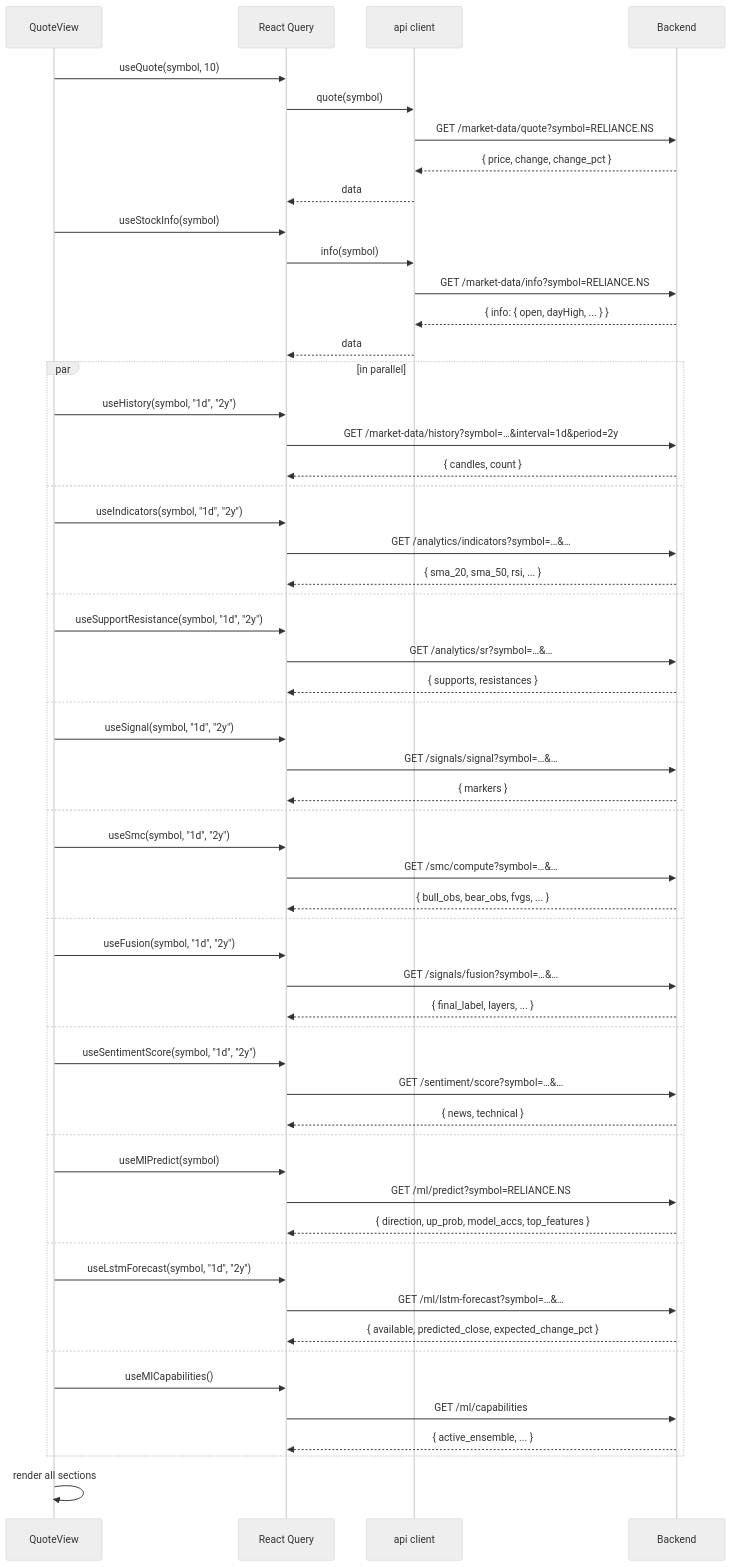
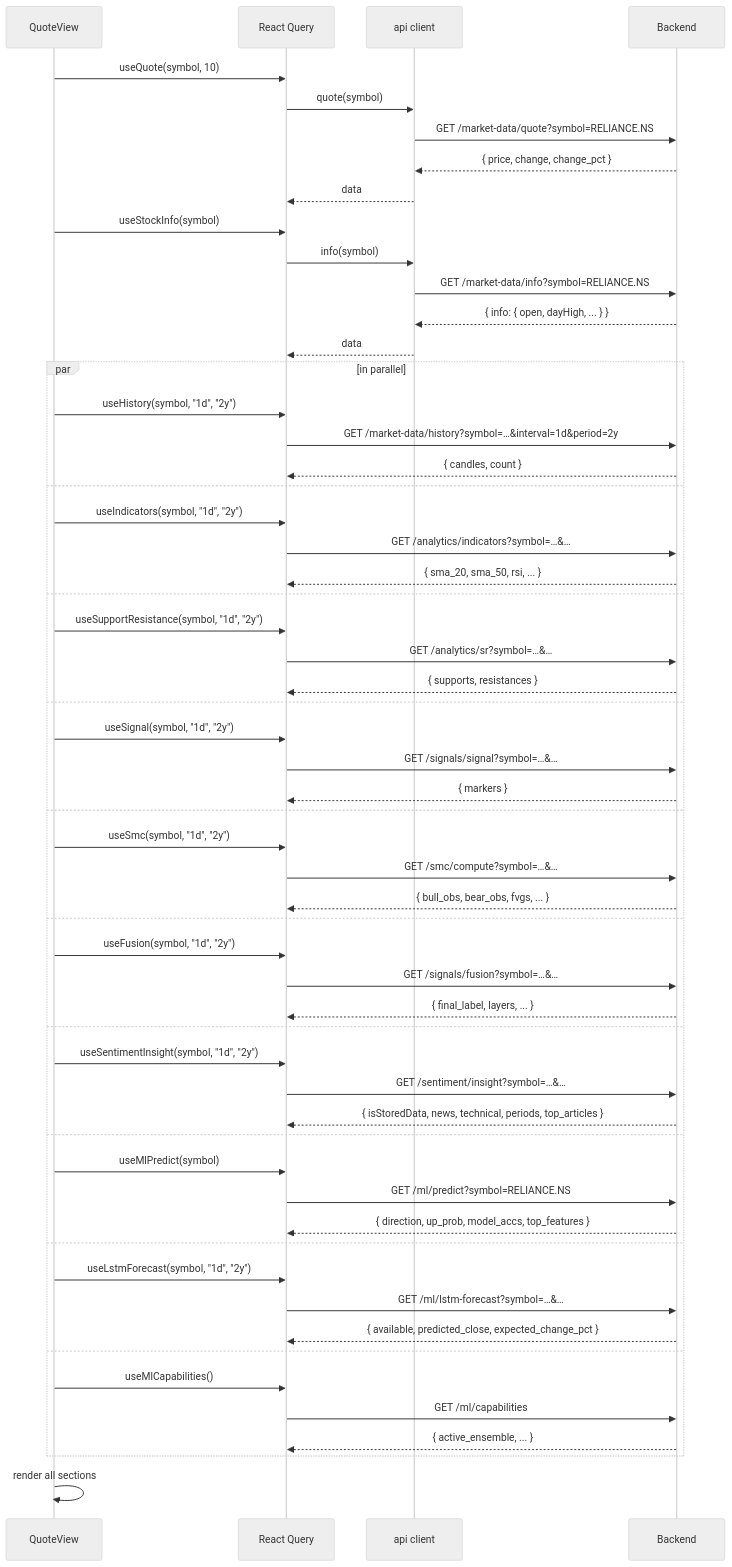
The second of 3 diagrams in docs/pages/stock-terminal/implementation.md (raunak-ray/StockView-India), drawn with Mermaid (neutral theme) before and after one commit. The commit also changed other lines of this file and 15 other files, not shown here.

Commit message:
feat: serve stored sentiment through new insight endpoint

````diff
--- a/docs/pages/stock-terminal/implementation.md
+++ b/docs/pages/stock-terminal/implementation.md
@@ -486,60 +486,60 @@
 ```mermaid
 sequenceDiagram
     participant Page as QuoteView
     participant Q as React Query
     participant API as api client
     participant BE as Backend
 
     Page->>Q: useQuote(symbol, 10)
     Q->>API: quote(symbol)
     API->>BE: GET /market-data/quote?symbol=RELIANCE.NS
     BE-->>API: { price, change, change_pct }
     API-->>Q: data
     Page->>Q: useStockInfo(symbol)
     Q->>API: info(symbol)
     API->>BE: GET /market-data/info?symbol=RELIANCE.NS
     BE-->>API: { info: { open, dayHigh, ... } }
     API-->>Q: data
     par in parallel
         Page->>Q: useHistory(symbol, "1d", "2y")
         Q->>BE: GET /market-data/history?symbol=…&interval=1d&period=2y
         BE-->>Q: { candles, count }
     and
         Page->>Q: useIndicators(symbol, "1d", "2y")
         Q->>BE: GET /analytics/indicators?symbol=…&…
         BE-->>Q: { sma_20, sma_50, rsi, ... }
     and
         Page->>Q: useSupportResistance(symbol, "1d", "2y")
         Q->>BE: GET /analytics/sr?symbol=…&…
         BE-->>Q: { supports, resistances }
     and
         Page->>Q: useSignal(symbol, "1d", "2y")
         Q->>BE: GET /signals/signal?symbol=…&…
         BE-->>Q: { markers }
     and
         Page->>Q: useSmc(symbol, "1d", "2y")
         Q->>BE: GET /smc/compute?symbol=…&…
         BE-->>Q: { bull_obs, bear_obs, fvgs, ... }
     and
         Page->>Q: useFusion(symbol, "1d", "2y")
         Q->>BE: GET /signals/fusion?symbol=…&…
         BE-->>Q: { final_label, layers, ... }
     and
-        Page->>Q: useSentimentScore(symbol, "1d", "2y")
-        Q->>BE: GET /sentiment/score?symbol=…&…
-        BE-->>Q: { news, technical }
+        Page->>Q: useSentimentInsight(symbol, "1d", "2y")
+        Q->>BE: GET /sentiment/insight?symbol=…&…
+        BE-->>Q: { isStoredData, news, technical, periods, top_articles }
     and
         Page->>Q: useMlPredict(symbol)
         Q->>BE: GET /ml/predict?symbol=RELIANCE.NS
         BE-->>Q: { direction, up_prob, model_accs, top_features }
     and
         Page->>Q: useLstmForecast(symbol, "1d", "2y")
         Q->>BE: GET /ml/lstm-forecast?symbol=…&…
         BE-->>Q: { available, predicted_close, expected_change_pct }
     and
         Page->>Q: useMlCapabilities()
         Q->>BE: GET /ml/capabilities
         BE-->>Q: { active_ensemble, ... }
     end
     Page->>Page: render all sections
 ```
````
